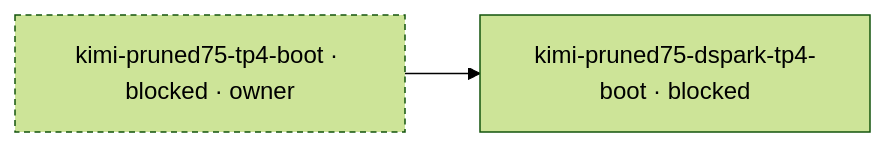
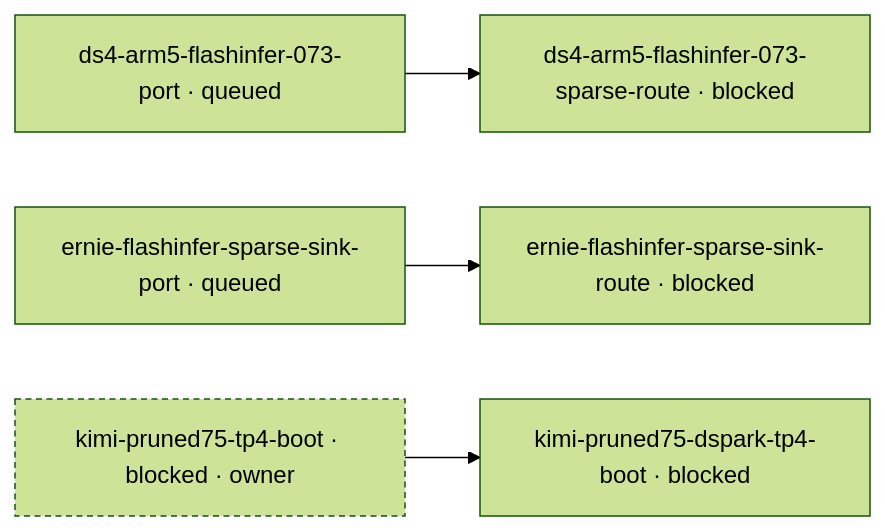
The diagram in mad-science/STATUS.md (littlecedar/sparkrun-recipe-registry), drawn with Mermaid (forest theme) before and after one commit. The commit also changed other lines of this file, not shown here.

````diff
--- a/mad-science/STATUS.md
+++ b/mad-science/STATUS.md
@@ -16,8 +16,14 @@
 ```mermaid
 flowchart LR
-  %% 10 blocked, 1 edges, 9 prose-gated, 0 question-gated, 0 question, 41 rows not drawn (--all)
-  t1["kimi-pruned75-dspark-tp4-boot · blocked"]
-  t2["kimi-pruned75-tp4-boot · blocked · owner"]:::no-recorded-edge
-  t2 --> t1
+  %% 13 blocked, 3 edges, 10 prose-gated, 0 question-gated, 0 question, 44 rows not drawn (--all)
+  t1["ds4-arm5-flashinfer-073-port · queued"]
+  t2["ds4-arm5-flashinfer-073-sparse-route · blocked"]
+  t3["ernie-flashinfer-sparse-sink-port · queued"]
+  t4["ernie-flashinfer-sparse-sink-route · blocked"]
+  t5["kimi-pruned75-dspark-tp4-boot · blocked"]
+  t6["kimi-pruned75-tp4-boot · blocked · owner"]:::no-recorded-edge
+  t1 --> t2
+  t3 --> t4
+  t6 --> t5
   classDef no-recorded-edge stroke-dasharray: 4 3
 ```
````
